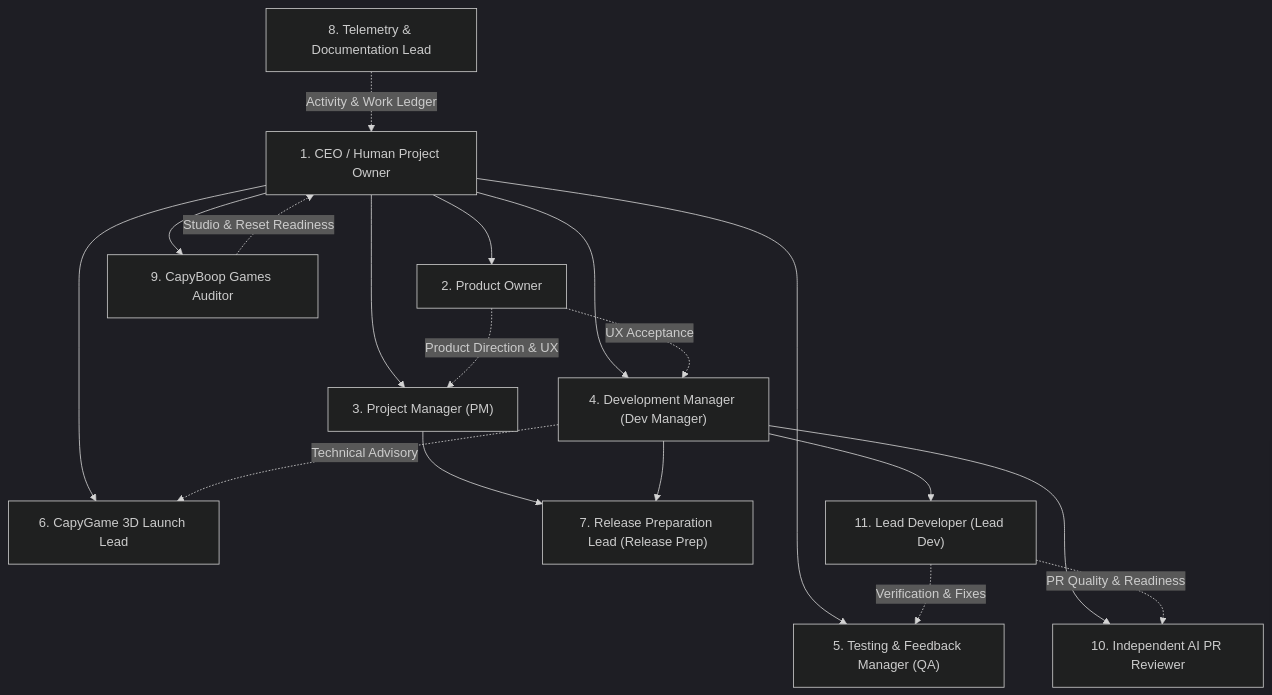
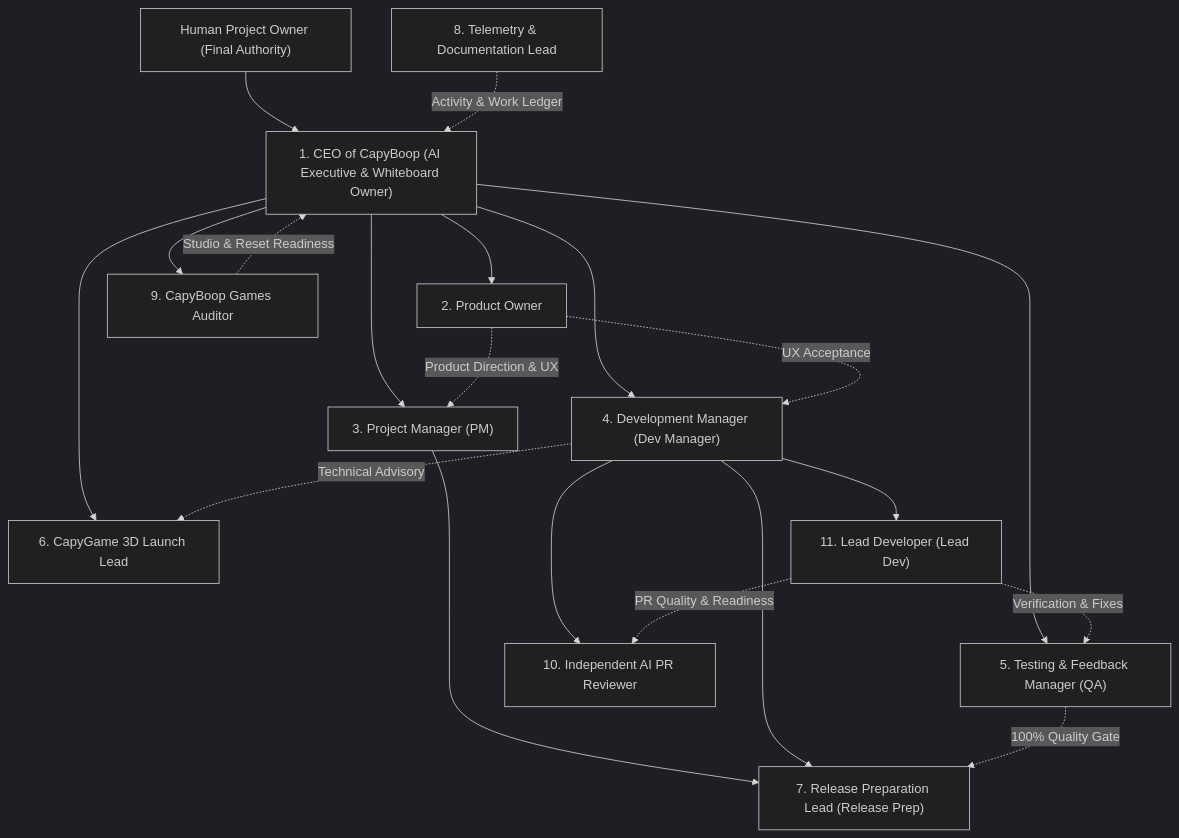
The diagram in CAPYBOOP.md (shthed/capy), drawn with Mermaid (dark theme) before and after one commit. The commit also changed other lines of this file, not shown here.

Commit message:
docs: align CAPYBOOP handbook with CEO and 11-role whiteboard governance

````diff
--- a/CAPYBOOP.md
+++ b/CAPYBOOP.md
@@ -29,32 +34,35 @@
 ```mermaid
 flowchart TD
-    CEO["1. CEO / Human Project Owner"]
+    OWNER["Human Project Owner (Final Authority)"]
+    CEO["1. CEO of CapyBoop (AI Executive & Whiteboard Owner)"]
     PO["2. Product Owner"]
     PM["3. Project Manager (PM)"]
     DEV["4. Development Manager (Dev Manager)"]
     QA["5. Testing & Feedback Manager (QA)"]
     CAPY3D["6. CapyGame 3D Launch Lead"]
     REL["7. Release Preparation Lead (Release Prep)"]
     TEL["8. Telemetry & Documentation Lead"]
     AUDIT["9. CapyBoop Games Auditor"]
     REV["10. Independent AI PR Reviewer"]
     LEAD["11. Lead Developer (Lead Dev)"]
 
+    OWNER --> CEO
     CEO --> PO
     CEO --> PM
     CEO --> DEV
     CEO --> QA
     CEO --> CAPY3D
     CEO --> AUDIT
     PO -. "Product Direction & UX" .-> PM
     PO -. "UX Acceptance" .-> DEV
     DEV --> LEAD
     PM --> REL
     DEV --> REL
     DEV --> REV
     DEV -. "Technical Advisory" .-> CAPY3D
     LEAD -. "Verification & Fixes" .-> QA
     LEAD -. "PR Quality & Readiness" .-> REV
+    QA -. "100% Quality Gate" .-> REL
     AUDIT -. "Studio & Reset Readiness" .-> CEO
     TEL -. "Activity & Work Ledger" .-> CEO
 ```
````
